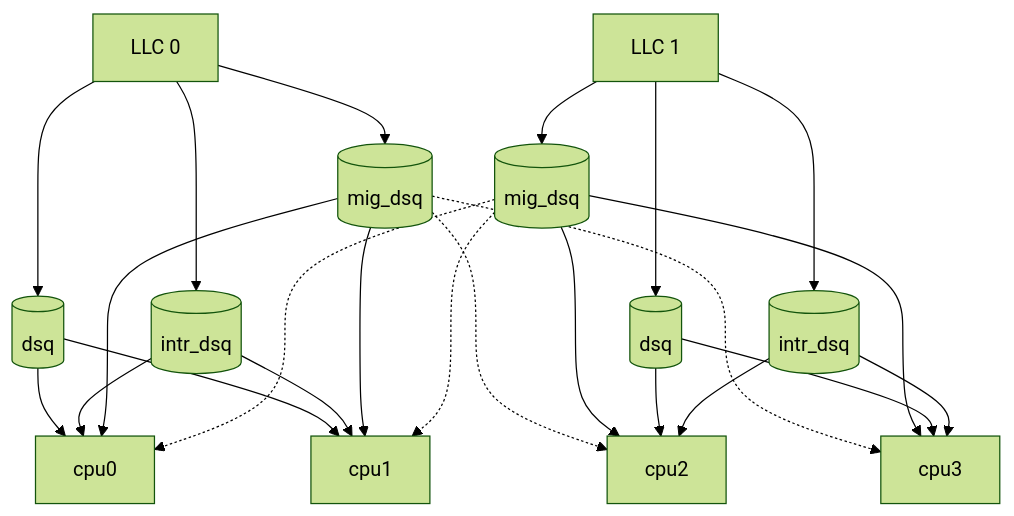
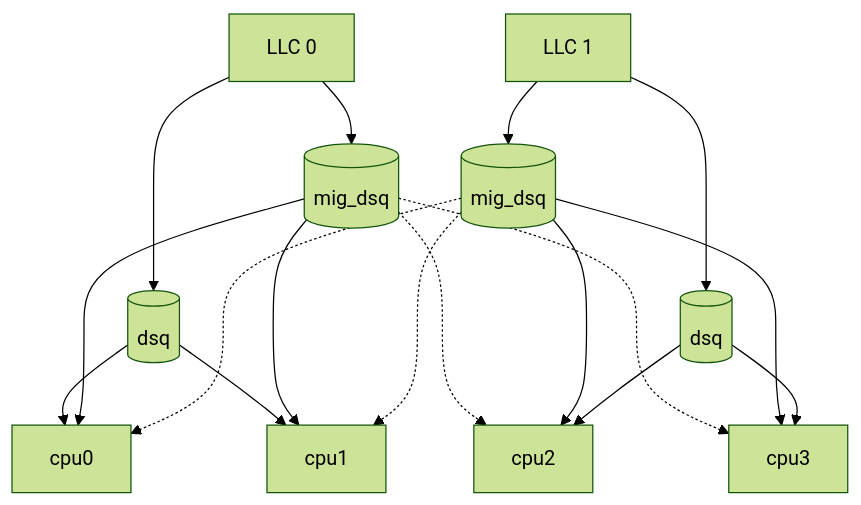
Before and after one commit to sched-ext/scx: the diagram in scheds/rust/scx_p2dq/README.md, drawn with Mermaid (forest theme). The commit also changed other lines of this file, not shown here.

````diff
--- a/scheds/rust/scx_p2dq/README.md
+++ b/scheds/rust/scx_p2dq/README.md
@@ -25,28 +25,22 @@
 ```mermaid
 graph TD;
     LLC0[LLC 0]-->id1[(dsq)];
-    LLC0[LLC 0]-->id2[(intr_dsq)];
     LLC0[LLC 0]-->id3[(mig_dsq)];
     id1-->cpu0;
     id1-->cpu1;
-    id2-->cpu0;
-    id2-->cpu1;
     id3-->cpu0;
     id3-->cpu1;
 
     id3-..->cpu2;
     id3-..->cpu3;
 
     LLC1[LLC 1]-->id4[(mig_dsq)];
     LLC1[LLC 1]-->id5[(dsq)];
-    LLC1[LLC 1]-->id6[(intr_dsq)];
     id4-->cpu2;
     id4-->cpu3;
     id5-->cpu2;
     id5-->cpu3;
-    id6-->cpu2;
-    id6-->cpu3;
 
     id4-..->cpu0;
     id4-..->cpu1;
 ```
````
